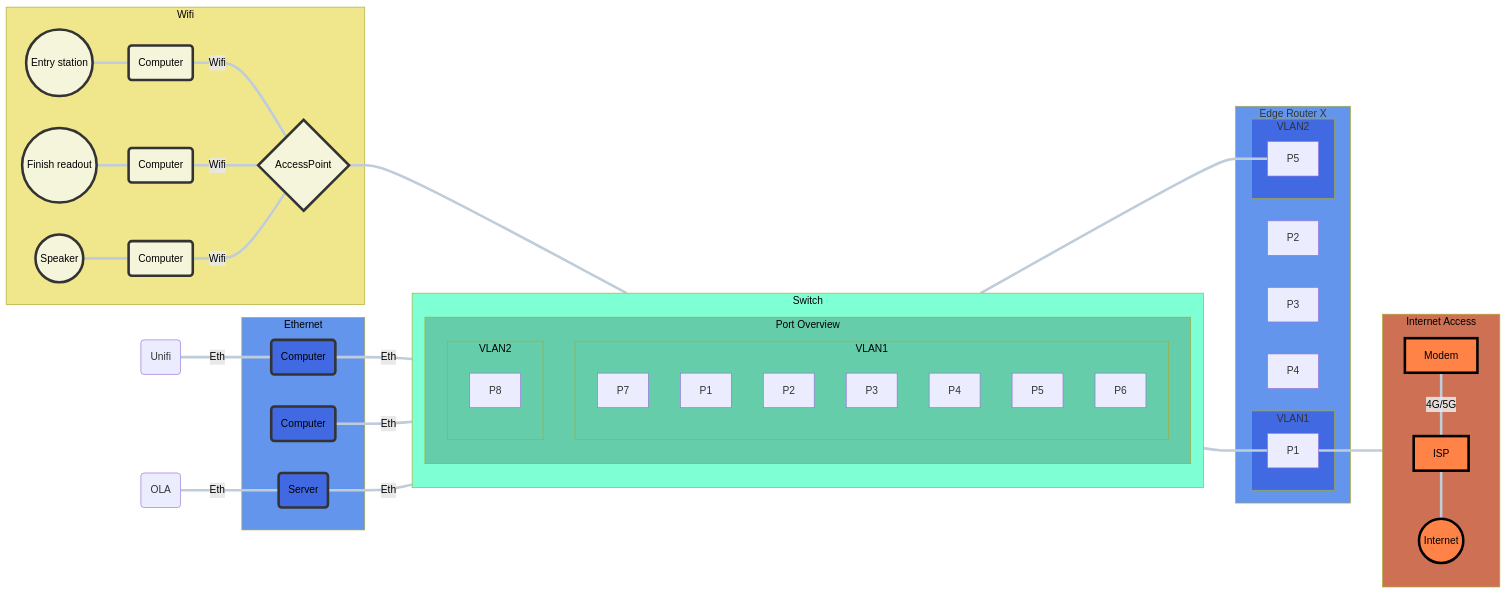
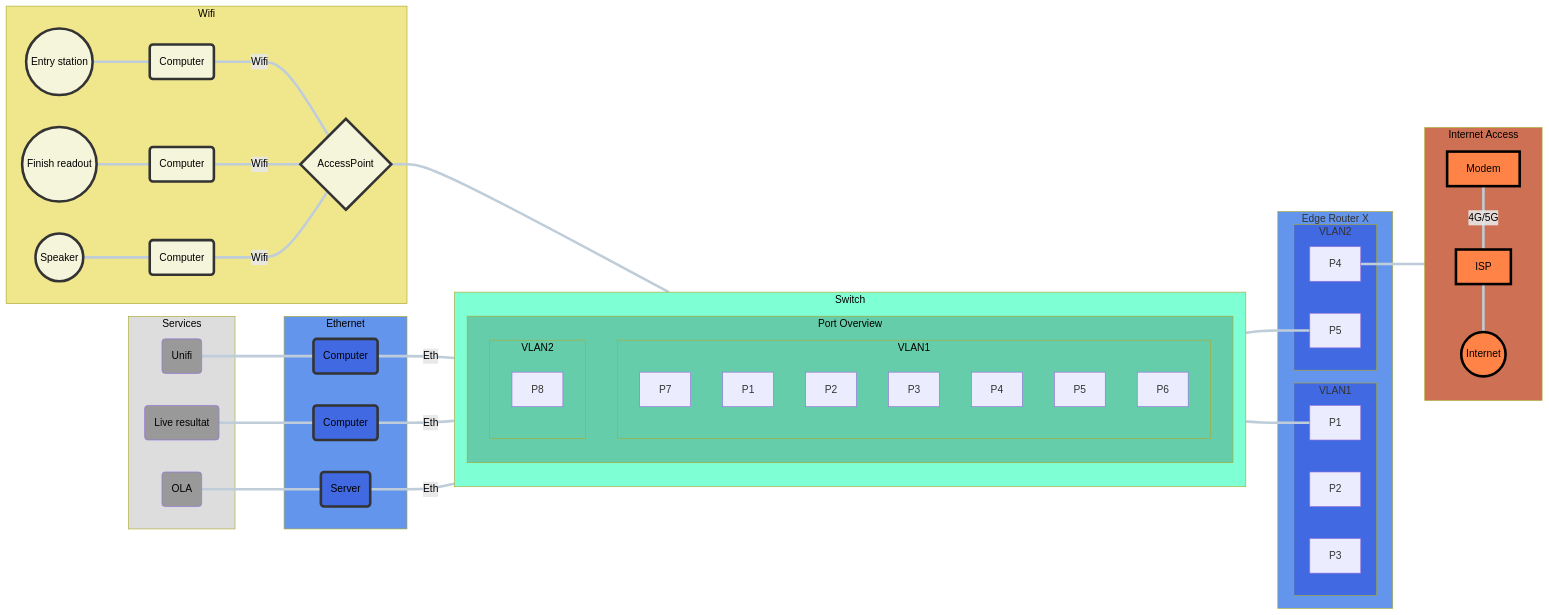
The diagram in network.md (sdaaish/OL-event), drawn with Mermaid before and after one commit.

Commit message:
Updated design

```diff
--- a/network.md
+++ b/network.md
@@ -21,27 +21,33 @@
 
       subgraph VLAN21 [VLAN1]
         style VLAN21 fill:#4169e1
-        PX1[P1] --- M[Modem]
+        PX1[P1]
+        PX2[P2]
+        PX3[P3]
+
       end
 
       subgraph VLAN22 [VLAN2]
         style VLAN22 fill:#4169e1
+        PX4[P4] --- M[Modem]
         PX5[P5]
       end
 
-      PX2[P2]
-      PX3[P3]
-      PX4[P4]
     end
-
-    B(Unifi) ---|Eth| C3
-    O(OLA) ---|Eth| S1
+    subgraph Services
+        style Services fill:#ddd,color:black
+      B(Unifi)
+      O(OLA)
+      L(Live resultat)
+      classDef Sclass fill:#999,color:black;
+      class B,O,L Sclass;
+    end
 
     subgraph Switch
       style Switch fill:#7fffd4,color:#000
       direction TB
-      P8 --- PX1
-      P7 --- PX5
+      P8 --- PX5
+      P7 --- PX1
 
       subgraph Ports [Port Overview]
         style Ports fill:#66cdaa,color:#000
@@ -83,7 +89,10 @@
     style Ethernet fill:#6495ed,color:#000
     C3(Computer) ---|Eth| P1
     C4(Computer) ---|Eth| P2
+    B --- C3
     S1(Server) ---|Eth| P3
+    O --- S1
+    L --- C4
     classDef Eclass fill:#4169e1,stroke:#333,stroke-width:4px,color:#000;
     class C3,C4,S1 Eclass;
     end
```
